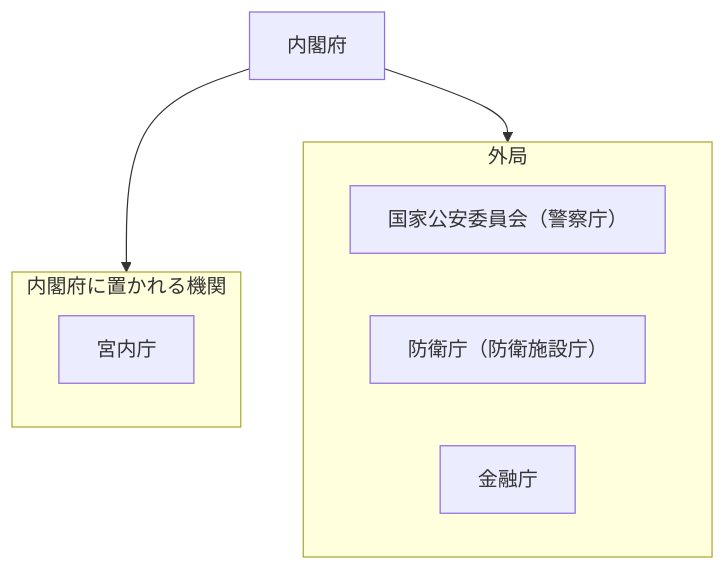
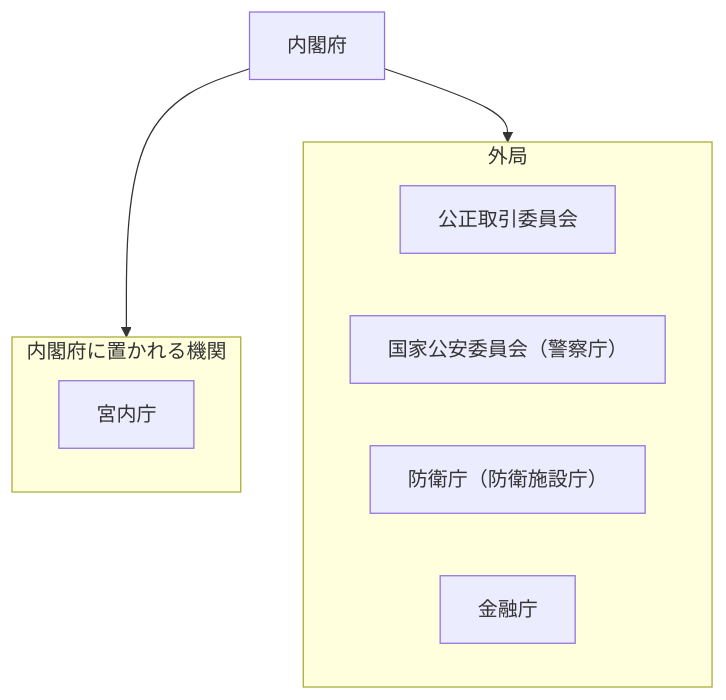
One commit to tatemaru/jp-admin-org-chart changed the diagram in 行政機構/内閣府/README.md. Above: the diagram before and after it, drawn with Mermaid. The commit also changed other lines of this file and 2 other files, not shown here.

Commit message:
feat(公正取引委員会): 公正取引委員会を内閣府の外局へ移管
根拠: 関連整備法
施行: 2003-04-09
出典: https://ja.wikipedia.org/wiki/中央省庁再編
関連: 郵政事業庁は同年日本郵政公社化

種別: 移管

````diff
--- a/行政機構/内閣府/README.md
+++ b/行政機構/内閣府/README.md
@@ -7,14 +5,15 @@
 ```mermaid
 flowchart TB
   root["内閣府"]
   subgraph g0["内閣府に置かれる機関"]
     n0_0["宮内庁"]
   end
   root --> g0
   subgraph g1["外局"]
-    n1_0["国家公安委員会（警察庁）"]
-    n1_1["防衛庁（防衛施設庁）"]
-    n1_2["金融庁"]
+    n1_0["公正取引委員会"]
+    n1_1["国家公安委員会（警察庁）"]
+    n1_2["防衛庁（防衛施設庁）"]
+    n1_3["金融庁"]
   end
   root --> g1
 ```
````
